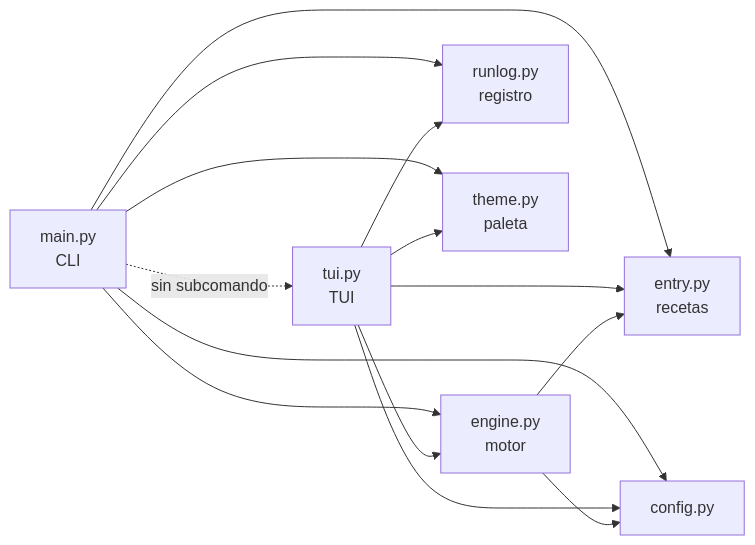
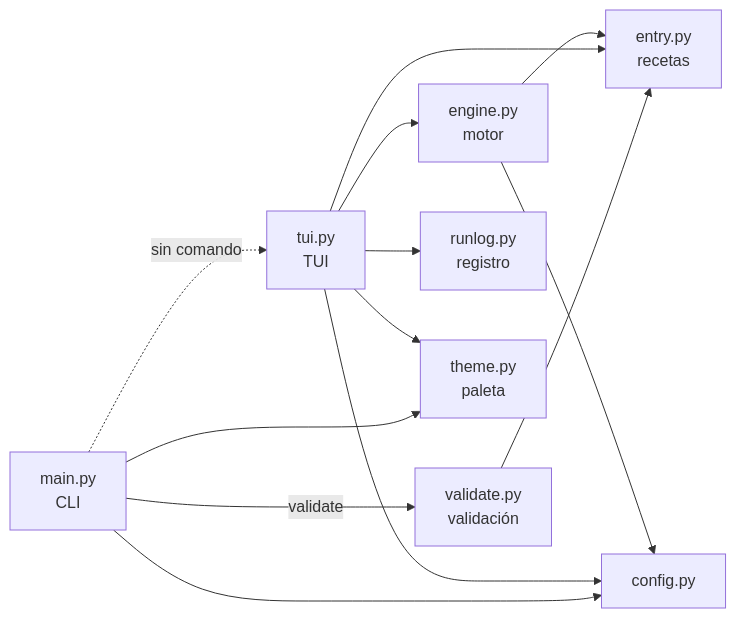
One commit to isidro-rodriguez/appforge changed the diagram in docs/desarrollo/arquitectura.md. Above: the diagram before and after it, drawn with Mermaid. The commit also changed other lines of this file and 27 other files, not shown here.

First line of the commit message:
docs: CLI reducida a validate, paquete en Releases y sin datos personales

````diff
--- a/docs/desarrollo/arquitectura.md
+++ b/docs/desarrollo/arquitectura.md
@@ -5,12 +5,12 @@
 ```mermaid
 flowchart LR
-    main[main.py<br/>CLI] --> engine
-    main -.->|sin subcomando| tui[tui.py<br/>TUI]
+    main[main.py<br/>CLI] -.->|sin comando| tui[tui.py<br/>TUI]
+    main -->|validate| validate[validate.py<br/>validación]
     tui --> engine[engine.py<br/>motor]
-    main --> entry
+    validate --> entry
     tui --> entry[entry.py<br/>recetas]
     engine --> entry
     main & tui & engine --> config[config.py]
-    main & tui --> runlog[runlog.py<br/>registro]
+    tui --> runlog[runlog.py<br/>registro]
     main & tui --> theme[theme.py<br/>paleta]
 ```
````
